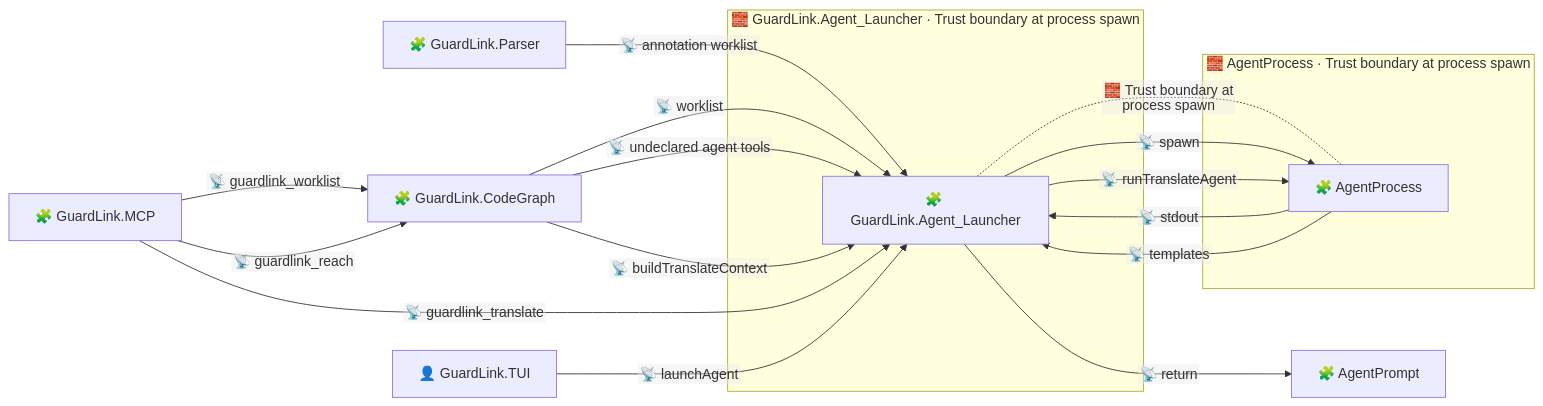
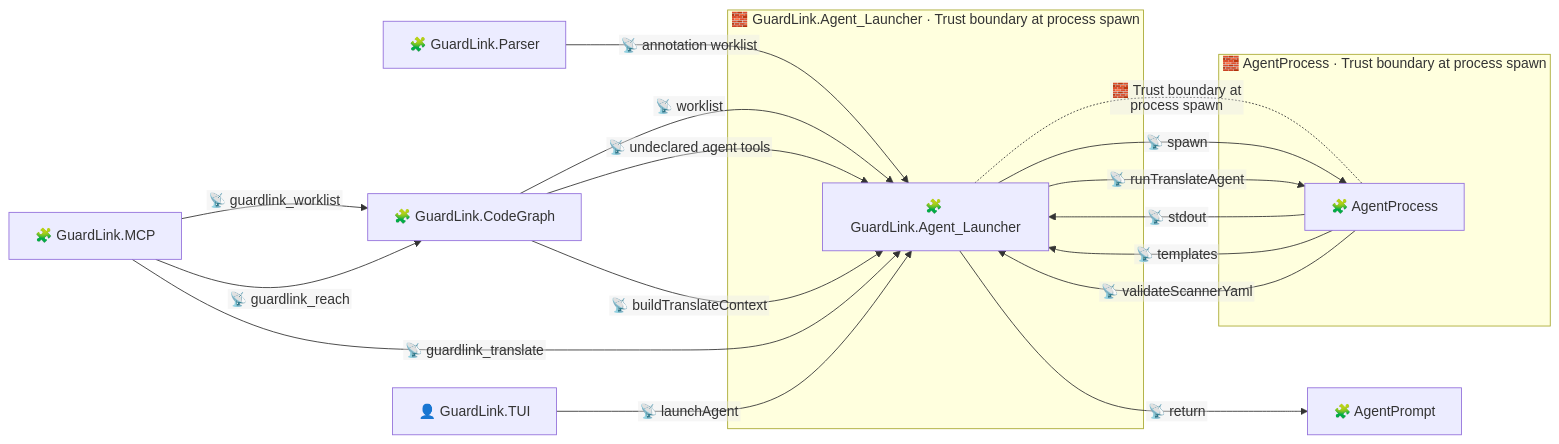
Before and after one commit to Bugb-Technologies/guardlink: the diagram in .guardlink/graph/by-boundary/agent-boundary.mmd, drawn with Mermaid. The commit also changed 77 other files, not shown here.

```diff
--- a/.guardlink/graph/by-boundary/agent-boundary.mmd
+++ b/.guardlink/graph/by-boundary/agent-boundary.mmd
@@ -1,38 +1,39 @@
 %% GENERATED FILE — do not edit. Regenerate with: guardlink artifacts .
 %% artifact:        by-boundary/agent-boundary.mmd
 %% scope:           PARTIAL — the Trust boundary at process spawn between agent-launcher and agentprocess, and what flows across it
-%% annotation_hash: sha256-v3:18d155c686d9dc93fc19e07b6bf4603e5bc28a42092a37df611f2b9945789d62
+%% annotation_hash: sha256-v3:a61cbeace751da849f8aa10d15555dbb437fbea33e0c0caedf419f0984fbd58f
 %% generator:       guardlink@2.5.0
 %% ---
 %% This diagram is derived from the annotations in this repository. If
 %% annotation_hash above differs from what `guardlink status .` reports, the
 %% diagram is STALE — regenerate rather than trusting it.
 %% When it was generated and at which commit: ask git. Those move for reasons
 %% unrelated to the diagram, so they are reported at emission time, not stored.
 %%{init: {"flowchart": {"nodeSpacing": 44, "rankSpacing": 58, "curve": "basis", "htmlLabels": false}}}%%
 graph LR
   subgraph Z0["🧱 GuardLink.Agent_Launcher · Trust boundary at process spawn"]
     agent_launcher["🧩 GuardLink.Agent_Launcher"]
   end
   subgraph Z1["🧱 AgentProcess · Trust boundary at process spawn"]
     agentprocess["🧩 AgentProcess"]
   end
   agentprompt["🧩 AgentPrompt"]
   parser["🧩 GuardLink.Parser"]
   codegraph["🧩 GuardLink.CodeGraph"]
   mcp["🧩 GuardLink.MCP"]
   tui["👤 GuardLink.TUI"]
   agent_launcher -.-|🧱 Trust boundary at process spawn| agentprocess
   agent_launcher -- "📡 spawn" --> agentprocess
   agentprocess -- "📡 stdout" --> agent_launcher
   agent_launcher -- "📡 return" --> agentprompt
   parser -- "📡 annotation worklist" --> agent_launcher
   codegraph -- "📡 worklist" --> agent_launcher
   codegraph -- "📡 undeclared agent tools" --> agent_launcher
   codegraph -- "📡 buildTranslateContext" --> agent_launcher
   agent_launcher -- "📡 runTranslateAgent" --> agentprocess
   agentprocess -- "📡 templates" --> agent_launcher
+  agentprocess -- "📡 validateScannerYaml" --> agent_launcher
   mcp -- "📡 guardlink_worklist" --> codegraph
   mcp -- "📡 guardlink_reach" --> codegraph
   mcp -- "📡 guardlink_translate" --> agent_launcher
   tui -- "📡 launchAgent" --> agent_launcher
```
